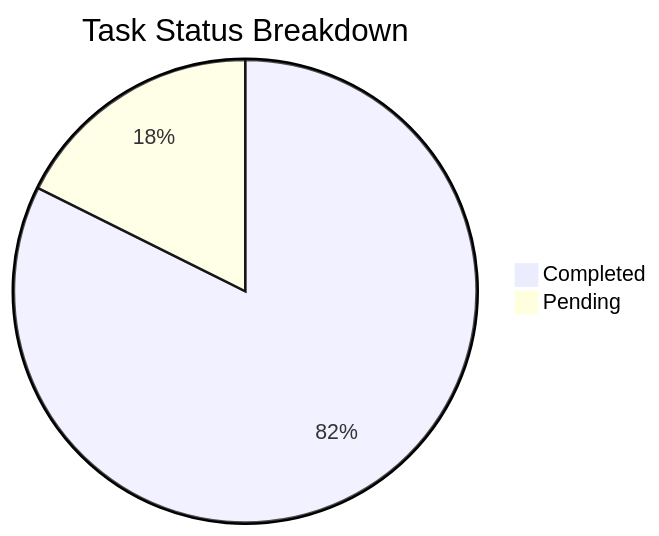
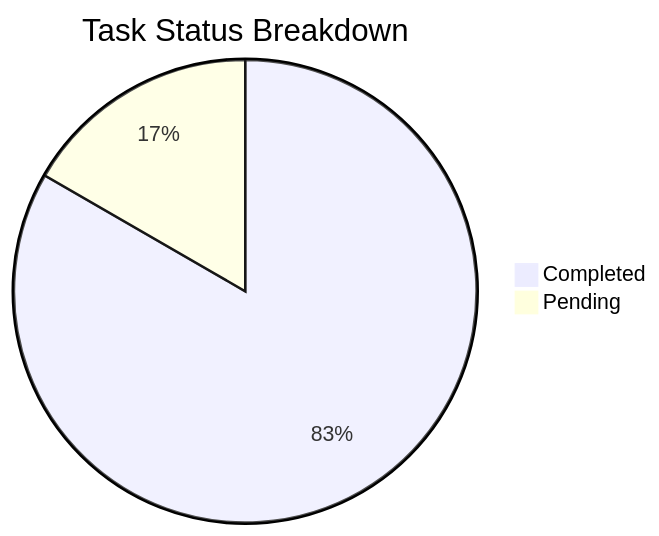
Before and after one commit to sagarms97/MyWorkDairy: the first of 2 diagrams in KUD/Analytics.md, drawn with Mermaid. The commit also changed other lines of this file and 6 other files, not shown here.

````diff
--- a/KUD/Analytics.md
+++ b/KUD/Analytics.md
@@ -12,5 +12,5 @@
 ```mermaid
 pie title Task Status Breakdown
-    "Completed" : 14
+    "Completed" : 15
     "Pending" : 3
 ```
````
